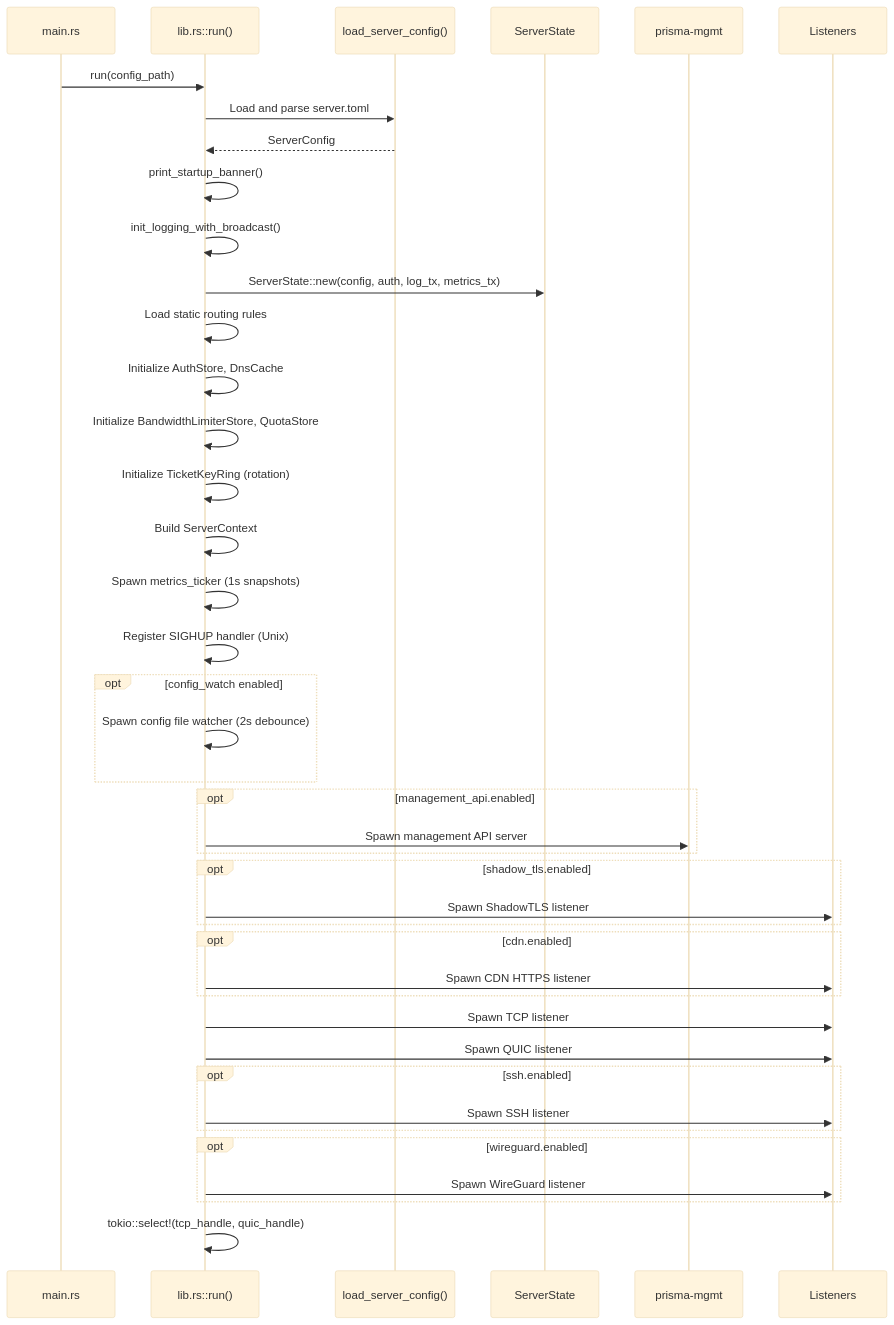
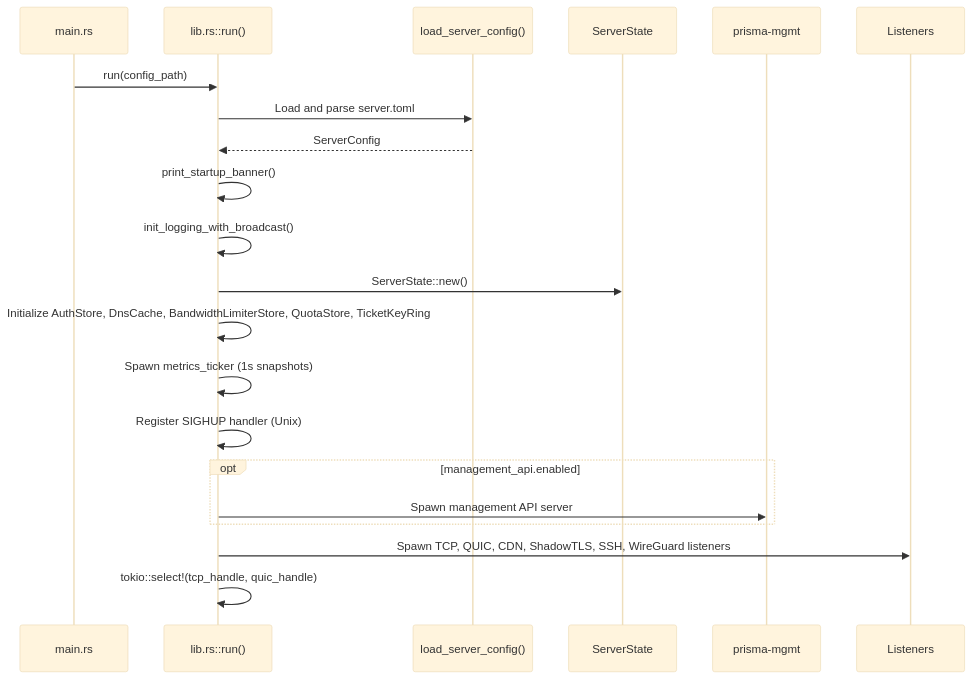
One commit to prisma-proxy/prisma changed the first of 2 diagrams in prisma-docs/dev/prisma-server.md. Above: the diagram before and after it, drawn with Mermaid (base theme). The commit also changed other lines of this file and 37 other files, not shown here.

First line of the commit message:
docs: rewrite guide with 30+ Mermaid diagrams, fix multi-instance config

````diff
--- a/prisma-docs/dev/prisma-server.md
+++ b/prisma-docs/dev/prisma-server.md
@@ -11,45 +15,24 @@
 ```mermaid
 sequenceDiagram
     participant Main as main.rs
     participant Lib as lib.rs::run()
     participant Config as load_server_config()
     participant State as ServerState
     participant Mgmt as prisma-mgmt
     participant Listeners as Listeners
 
     Main->>Lib: run(config_path)
     Lib->>Config: Load and parse server.toml
     Config-->>Lib: ServerConfig
     Lib->>Lib: print_startup_banner()
     Lib->>Lib: init_logging_with_broadcast()
-    Lib->>State: ServerState::new(config, auth, log_tx, metrics_tx)
-    Lib->>Lib: Load static routing rules
-    Lib->>Lib: Initialize AuthStore, DnsCache
-    Lib->>Lib: Initialize BandwidthLimiterStore, QuotaStore
-    Lib->>Lib: Initialize TicketKeyRing (rotation)
-    Lib->>Lib: Build ServerContext
-
+    Lib->>State: ServerState::new()
+    Lib->>Lib: Initialize AuthStore, DnsCache, BandwidthLimiterStore, QuotaStore, TicketKeyRing
     Lib->>Lib: Spawn metrics_ticker (1s snapshots)
     Lib->>Lib: Register SIGHUP handler (Unix)
-    opt config_watch enabled
-        Lib->>Lib: Spawn config file watcher (2s debounce)
-    end
     opt management_api.enabled
         Lib->>Mgmt: Spawn management API server
     end
-    opt shadow_tls.enabled
-        Lib->>Listeners: Spawn ShadowTLS listener
-    end
-    opt cdn.enabled
-        Lib->>Listeners: Spawn CDN HTTPS listener
-    end
-    Lib->>Listeners: Spawn TCP listener
-    Lib->>Listeners: Spawn QUIC listener
-    opt ssh.enabled
-        Lib->>Listeners: Spawn SSH listener
-    end
-    opt wireguard.enabled
-        Lib->>Listeners: Spawn WireGuard listener
-    end
+    Lib->>Listeners: Spawn TCP, QUIC, CDN, ShadowTLS, SSH, WireGuard listeners
     Lib->>Lib: tokio::select!(tcp_handle, quic_handle)
 ```
````
